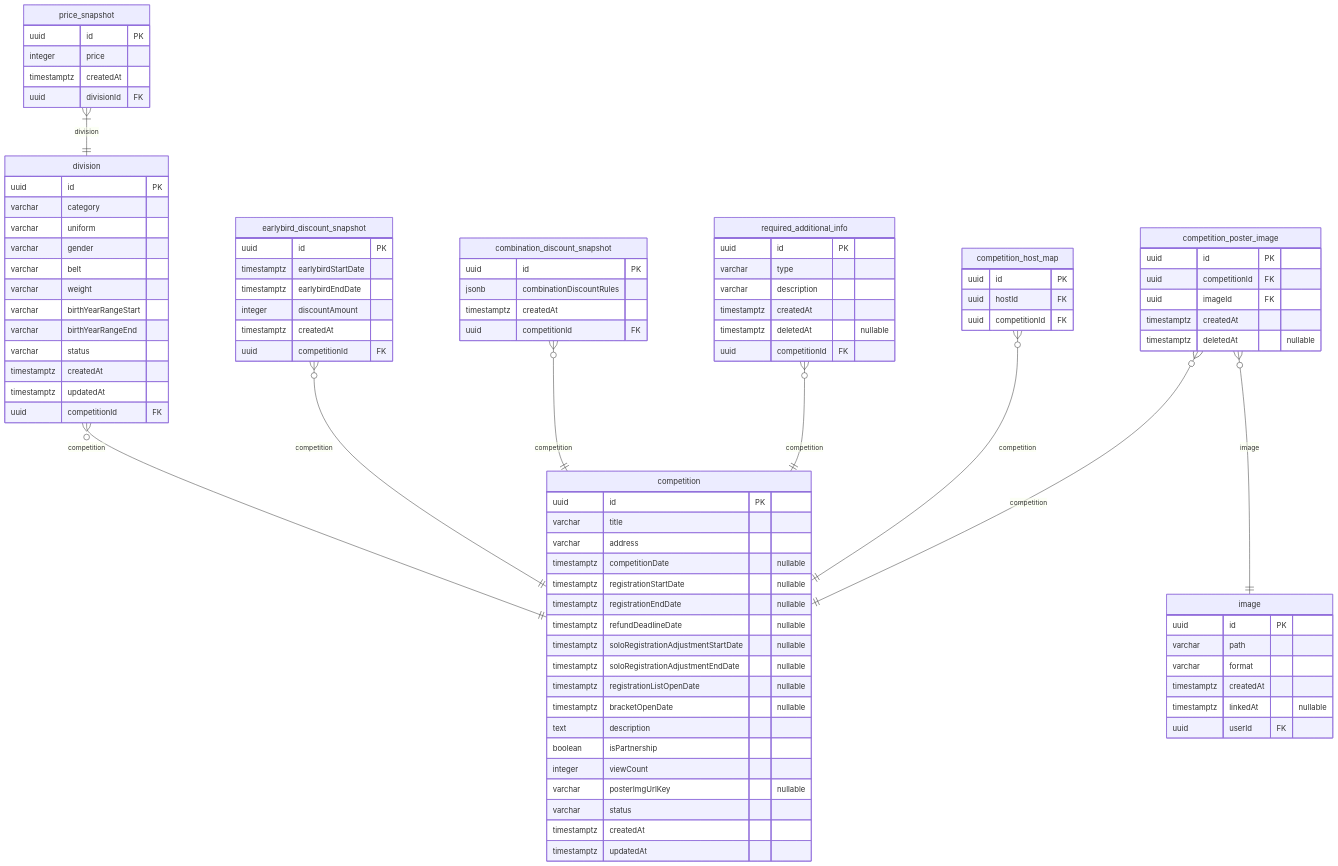
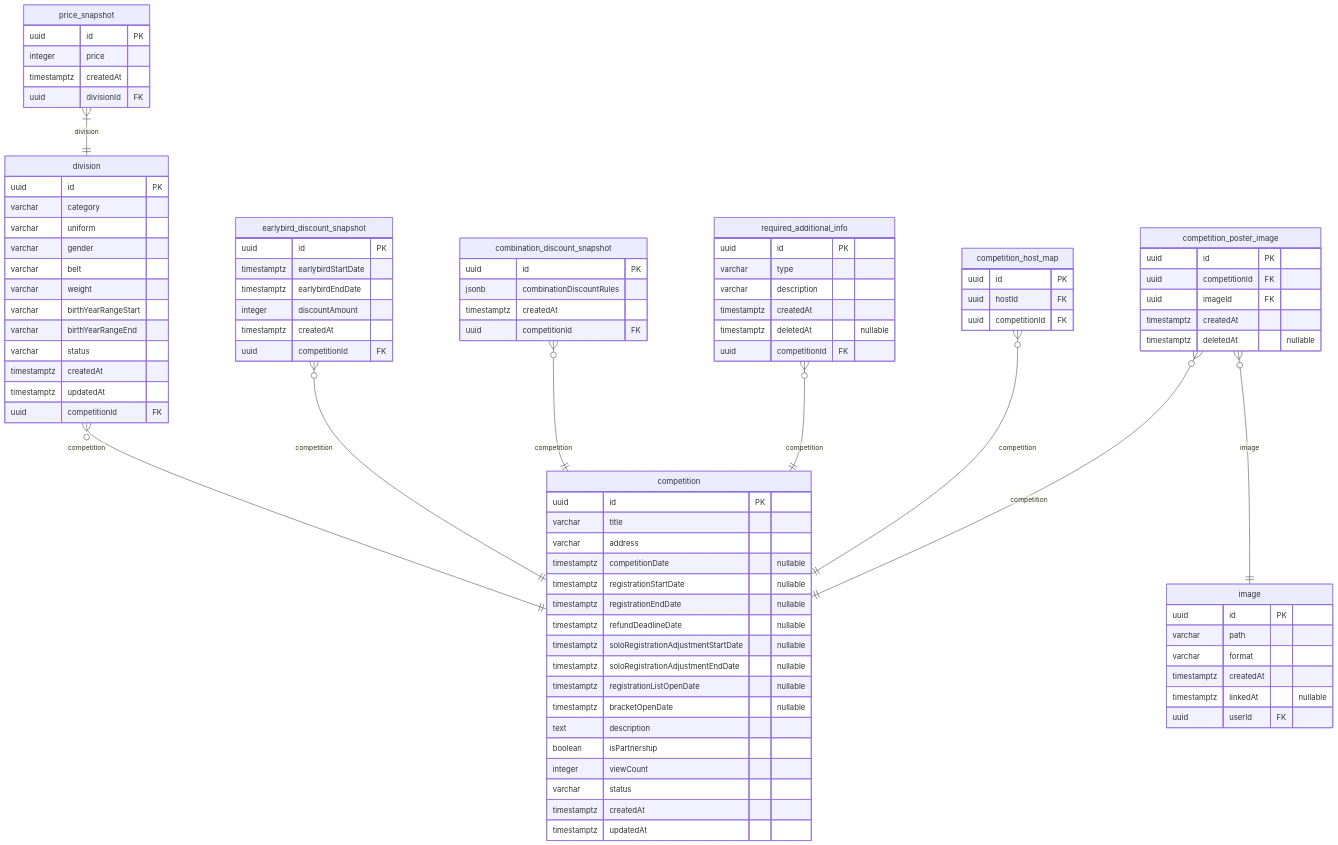
Before and after one commit to NAJUHA-JIUJITSU/najuha-v2-be: the third of 5 diagrams in docs/najiha-v2-erd.md, drawn with Mermaid. The commit also changed other lines of this file and 155 other files, not shown here.

```diff
--- a/docs/najiha-v2-erd.md
+++ b/docs/najiha-v2-erd.md
@@ -436,7 +434,6 @@
     text description
     boolean isPartnership
     integer viewCount
-    varchar posterImgUrlKey "nullable"
     varchar status
     timestamptz createdAt
     timestamptz updatedAt
```
